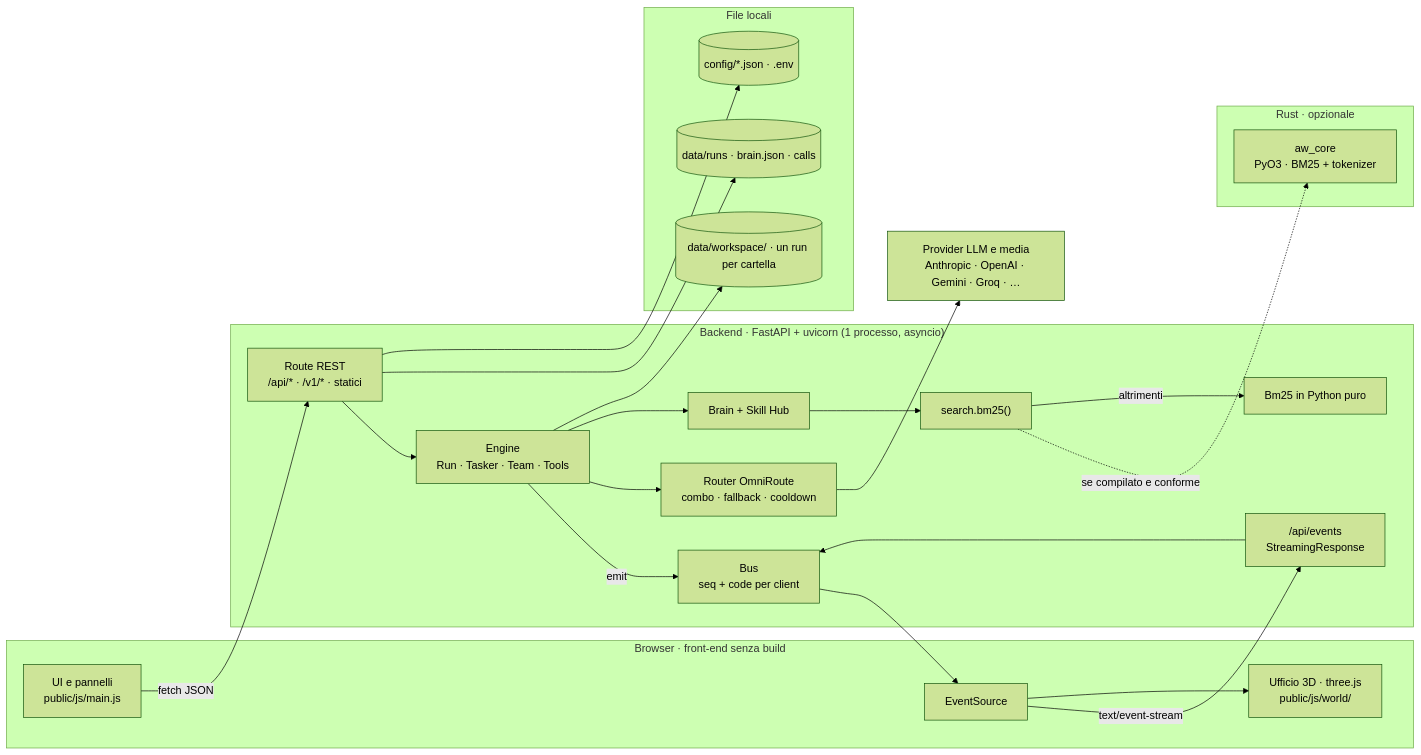
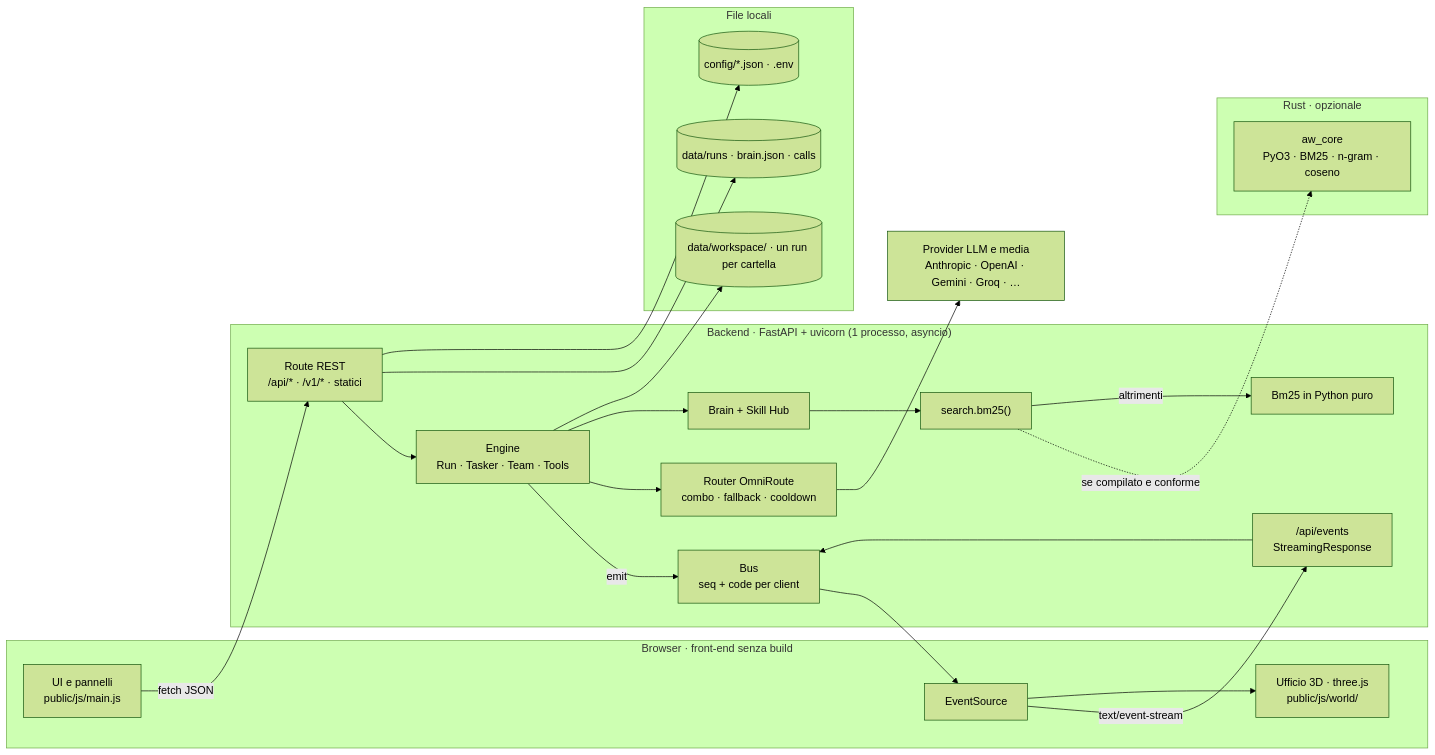
Before and after one commit to GiuseppeGiannelli-rgb/agent-world: the first of 7 diagrams in README.md, drawn with Mermaid (forest theme). The commit also changed other lines of this file and 17 other files, not shown here.

````diff
--- a/README.md
+++ b/README.md
@@ -75,46 +75,46 @@
 ```mermaid
 flowchart LR
     subgraph Browser["Browser · front-end senza build"]
         UI["UI e pannelli<br/>public/js/main.js"]
         W3D["Ufficio 3D · three.js<br/>public/js/world/"]
         ES["EventSource"]
     end
 
     subgraph Py["Backend · FastAPI + uvicorn (1 processo, asyncio)"]
         API["Route REST<br/>/api/* · /v1/* · statici"]
         SSE["/api/events<br/>StreamingResponse"]
         BUS["Bus<br/>seq + code per client"]
         ENG["Engine<br/>Run · Tasker · Team · Tools"]
         RT["Router OmniRoute<br/>combo · fallback · cooldown"]
         MEM["Brain + Skill Hub"]
         SRCH["search.bm25()"]
         PYB["Bm25 in Python puro"]
     end
 
     subgraph Rs["Rust · opzionale"]
-        AW["aw_core<br/>PyO3 · BM25 + tokenizer"]
+        AW["aw_core<br/>PyO3 · BM25 · n-gram · coseno"]
     end
 
     subgraph Disk["File locali"]
         DATA[("data/runs · brain.json · calls")]
         WS[("data/workspace/ · un run per cartella")]
         CFG[("config/*.json · .env")]
     end
 
     LLM["Provider LLM e media<br/>Anthropic · OpenAI · Gemini · Groq · …"]
 
     UI -->|fetch JSON| API
     ES -->|text/event-stream| SSE
     SSE --> BUS
     API --> ENG
     ENG -->|emit| BUS
     ENG --> RT --> LLM
     ENG --> MEM --> SRCH
     SRCH -.->|se compilato e conforme| AW
     SRCH -->|altrimenti| PYB
     ENG --> WS
     API --> DATA
     API --> CFG
     BUS --> ES
     ES --> W3D
 ```
````
